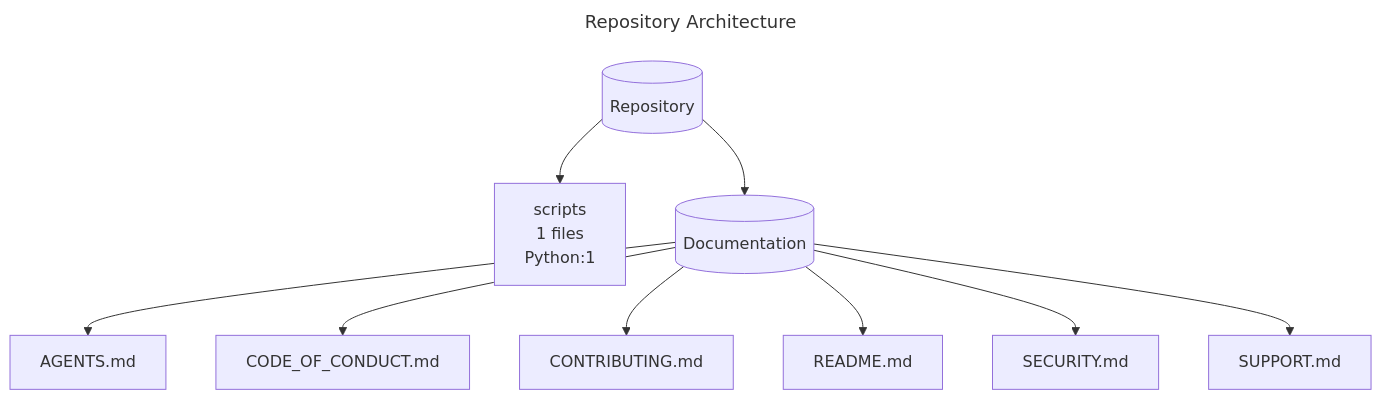
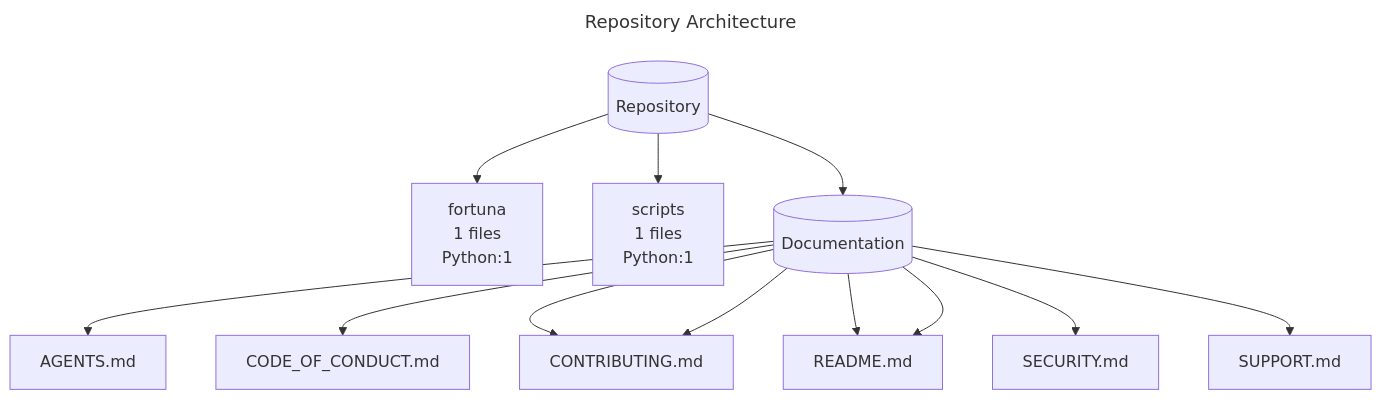
One commit to bell-kevin/fortuna changed the diagram in docs/architecture.mmd. Above: the diagram before and after it, drawn with Mermaid.

Commit message:
chore: update architecture diagram

```diff
--- a/docs/architecture.mmd
+++ b/docs/architecture.mmd
@@ -1,23 +1,29 @@
 ---
 title: Repository Architecture
 ---
 graph TD
     repo[(Repository)]
+    n_fortuna["fortuna\n1 files\nPython:1"]
+    repo --> n_fortuna
     n_scripts["scripts\n1 files\nPython:1"]
     repo --> n_scripts
     docs[(Documentation)]
     repo --> docs
     n_doc_AGENTS_md["AGENTS.md"]
     docs --> n_doc_AGENTS_md
     n_doc_CODE_OF_CONDUCT_md["CODE_OF_CONDUCT.md"]
     docs --> n_doc_CODE_OF_CONDUCT_md
     n_doc_CONTRIBUTING_md["CONTRIBUTING.md"]
     docs --> n_doc_CONTRIBUTING_md
     n_doc_README_md["README.md"]
     docs --> n_doc_README_md
     n_doc_SECURITY_md["SECURITY.md"]
     docs --> n_doc_SECURITY_md
     n_doc_SUPPORT_md["SUPPORT.md"]
     docs --> n_doc_SUPPORT_md
+    n_doc_CONTRIBUTING_md["CONTRIBUTING.md"]
+    docs --> n_doc_CONTRIBUTING_md
+    n_doc_README_md["README.md"]
+    docs --> n_doc_README_md
 
 %% Generated by scripts/generate_architecture_diagram.py
```
